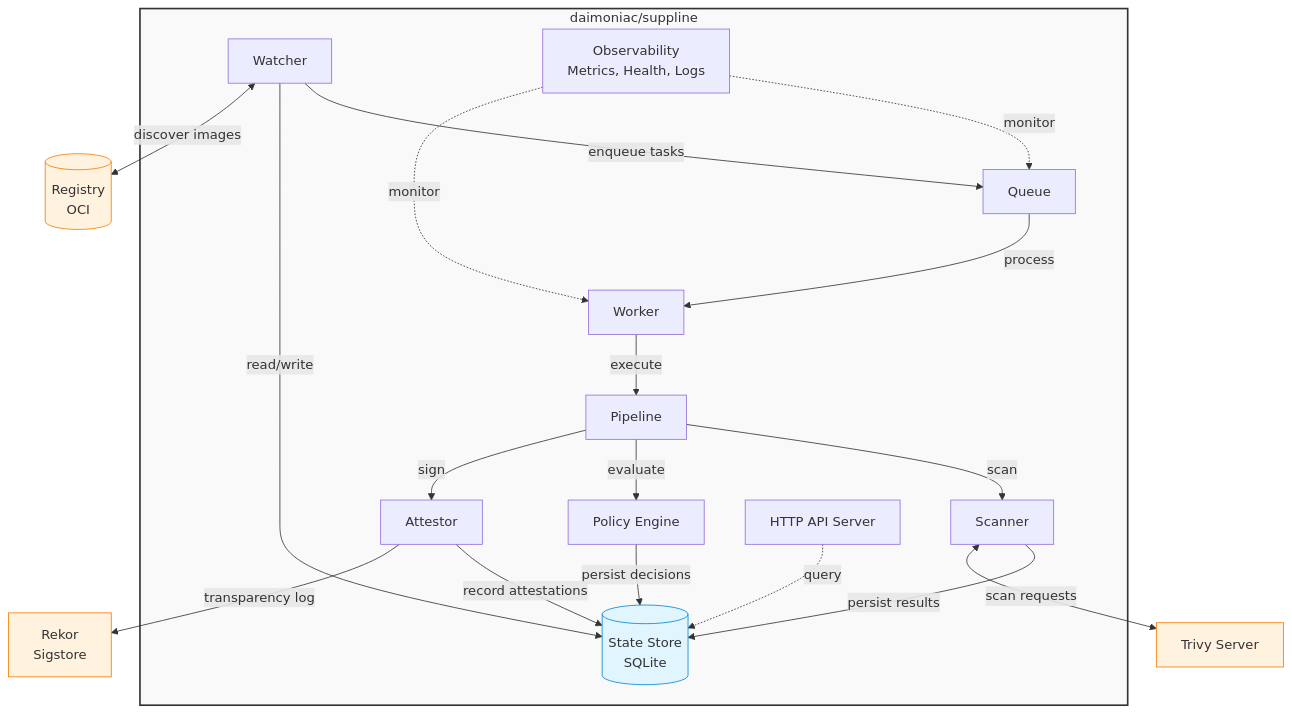
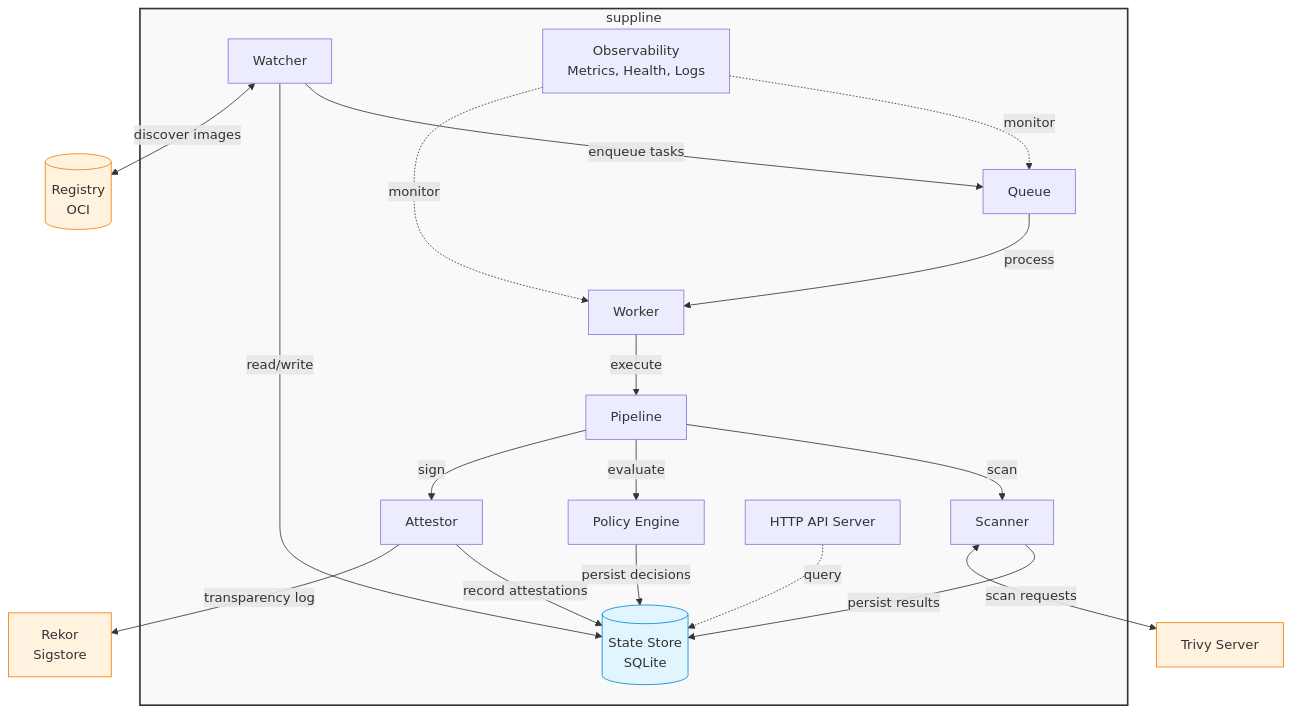
Before and after one commit to daimoniac/suppline: the diagram in README.md, drawn with Mermaid. The commit also changed other lines of this file and 67 other files, not shown here.

Commit message:
fix paths, helm chart

````diff
--- a/README.md
+++ b/README.md
@@ -37,45 +37,45 @@
 ```mermaid
 graph TB
-    subgraph daimoniac/suppline["daimoniac/suppline"]
+    subgraph suppline["suppline"]
         Watcher[Watcher]
         Queue[Queue]
         Worker[Worker]
         Pipeline[Pipeline]
         Scanner[Scanner]
         Policy[Policy Engine]
         Attestor[Attestor]
         StateStore[(State Store<br/>SQLite)]
         API[HTTP API Server]
         Observability[Observability<br/>Metrics, Health, Logs]
         
         Watcher -->|enqueue tasks| Queue
         Queue -->|process| Worker
         Worker -->|execute| Pipeline
         Pipeline -->|scan| Scanner
         Pipeline -->|evaluate| Policy
         Pipeline -->|sign| Attestor
         
         Watcher -->|read/write| StateStore
         Scanner -->|persist results| StateStore
         Policy -->|persist decisions| StateStore
         Attestor -->|record attestations| StateStore
         
         API -.->|query| StateStore
         Observability -.->|monitor| Queue
         Observability -.->|monitor| Worker
     end
     
     Registry[(Registry<br/>OCI)]
     Trivy[Trivy Server]
     Rekor[Rekor<br/>Sigstore]
     
     Watcher <-->|discover images| Registry
     Scanner <-->|scan requests| Trivy
     Attestor -->|transparency log| Rekor
     
-    style daimoniac/suppline fill:#f9f9f9,stroke:#333,stroke-width:2px
+    style suppline fill:#f9f9f9,stroke:#333,stroke-width:2px
     style StateStore fill:#e1f5ff,stroke:#0288d1
     style Registry fill:#fff3e0,stroke:#f57c00
     style Trivy fill:#fff3e0,stroke:#f57c00
     style Rekor fill:#fff3e0,stroke:#f57c00
 ```
````
